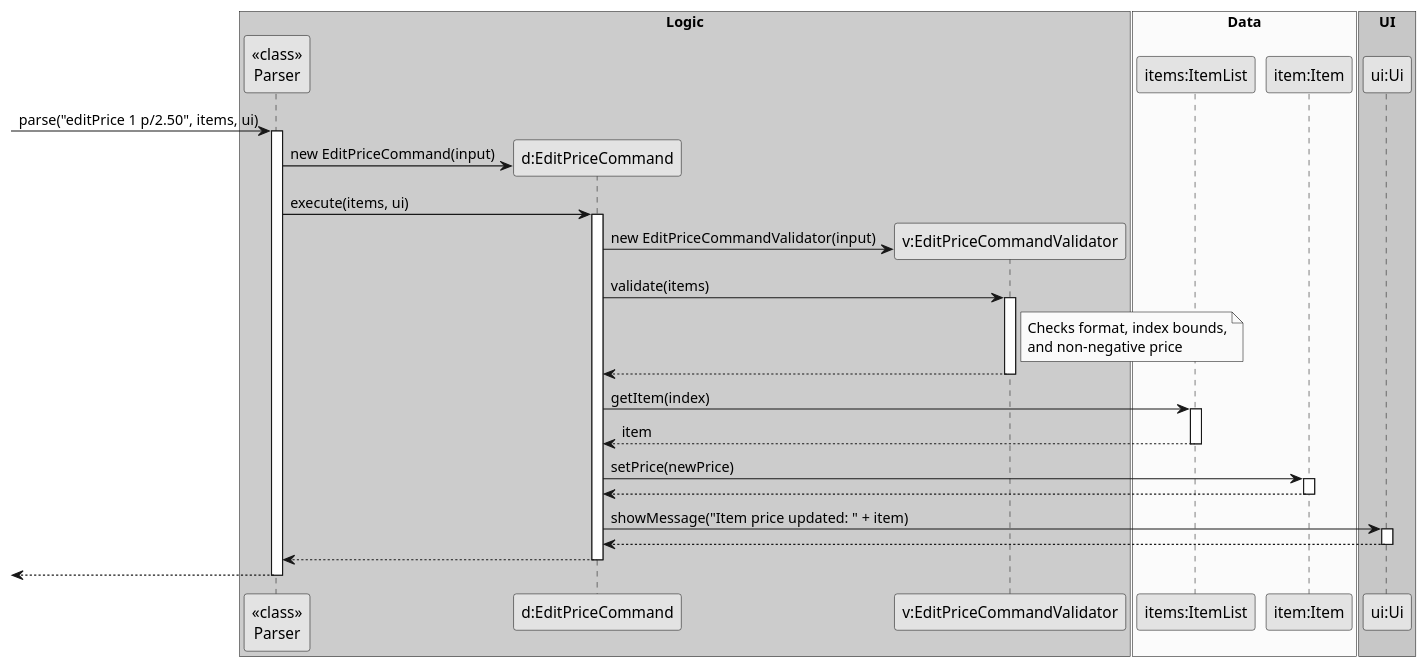
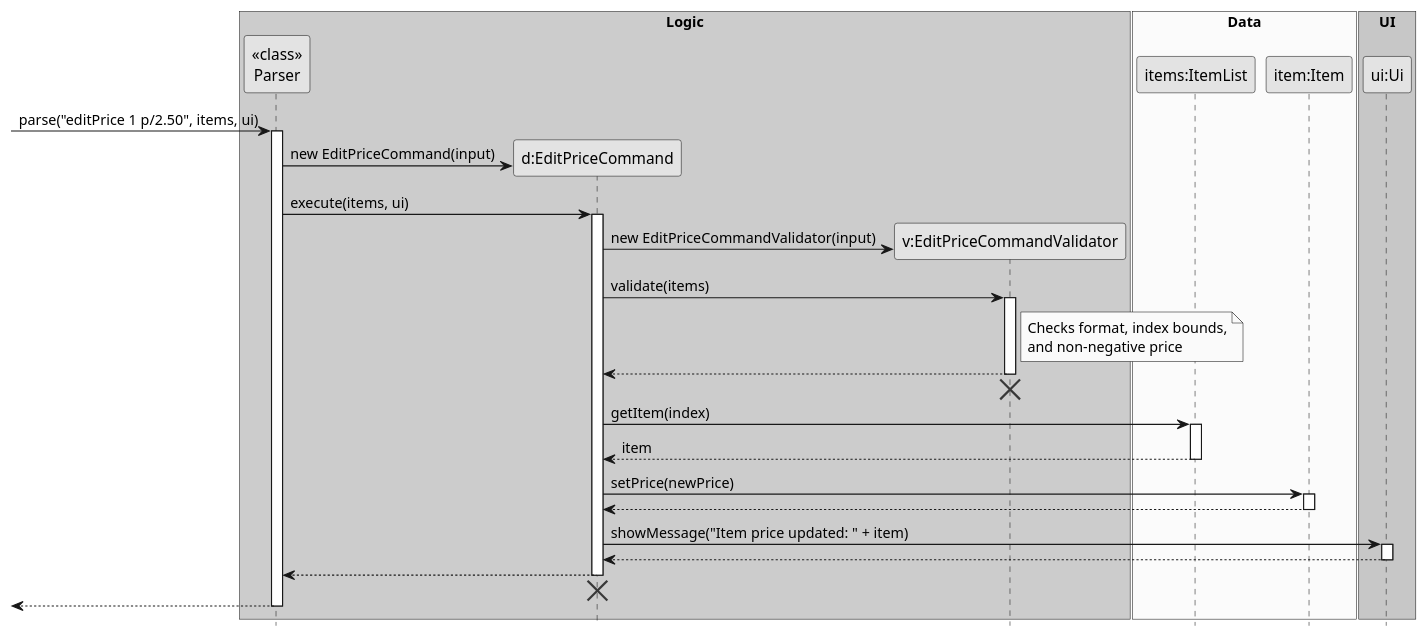
Before and after one commit to fmohamedfaras/tp: the diagram in docs/diagrams/EditPriceCommandSequenceDiagram.puml, drawn with PlantUML. The commit also changed 14 other files, not shown here.

First line of the commit message:
Edit uml sequence diagrams

```diff
--- a/docs/diagrams/EditPriceCommandSequenceDiagram.puml
+++ b/docs/diagrams/EditPriceCommandSequenceDiagram.puml
@@ -1,62 +1,67 @@
 @startuml
 skinparam monochrome true
 skinparam shadowing false
+hide footbox
 
 box "Logic" #LightBlue
 participant "<<class>>\nParser" as Parser
 participant "d:EditPriceCommand" as EditPriceCommand
 participant "v:EditPriceCommandValidator" as EditPriceCommandValidator
 end box
 
 box "Data" #LightYellow
 participant "items:ItemList" as ItemList
 participant "item:Item" as Item
 end box
 
 box "UI" #LightGreen
 participant "ui:Ui" as Ui
 end box
 
 -> Parser : parse("editPrice 1 p/2.50", items, ui)
 activate Parser
 
 create EditPriceCommand
 Parser -> EditPriceCommand : new EditPriceCommand(input)
 
 Parser -> EditPriceCommand : execute(items, ui)
 activate EditPriceCommand
 
 create EditPriceCommandValidator
 EditPriceCommand -> EditPriceCommandValidator : new EditPriceCommandValidator(input)
 
 EditPriceCommand -> EditPriceCommandValidator : validate(items)
 activate EditPriceCommandValidator
 note right of EditPriceCommandValidator
   Checks format, index bounds,
   and non-negative price
 end note
 EditPriceCommandValidator --> EditPriceCommand
 deactivate EditPriceCommandValidator
+EditPriceCommandValidator -[hidden]-> EditPriceCommand
+destroy EditPriceCommandValidator
 
 EditPriceCommand -> ItemList : getItem(index)
 activate ItemList
 ItemList --> EditPriceCommand : item
 deactivate ItemList
 
 EditPriceCommand -> Item : setPrice(newPrice)
 activate Item
 Item --> EditPriceCommand
 deactivate Item
 
 EditPriceCommand -> Ui : showMessage("Item price updated: " + item)
 activate Ui
 Ui --> EditPriceCommand
 deactivate Ui
 
 EditPriceCommand --> Parser
 deactivate EditPriceCommand
+EditPriceCommand -[hidden]-> Parser
+destroy EditPriceCommand
 
 <-- Parser
 deactivate Parser
 
 @enduml
```
